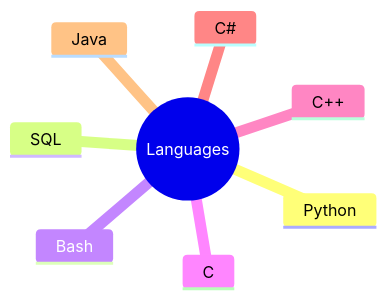
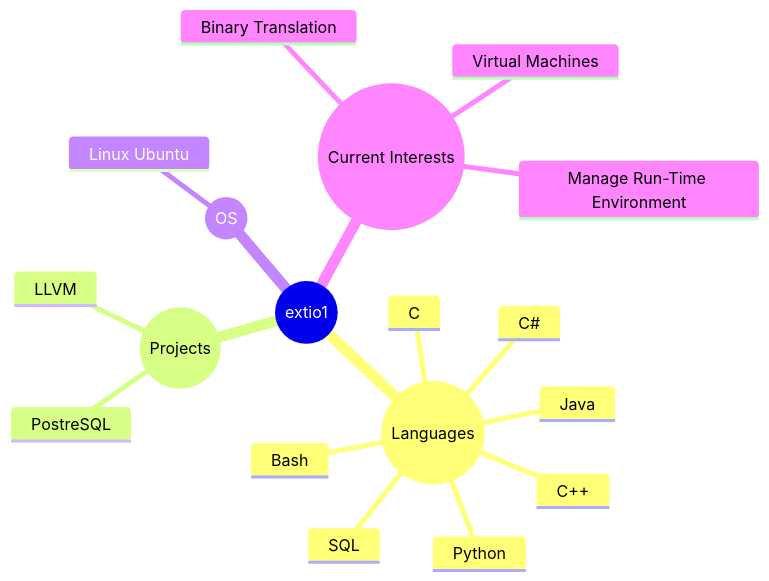
Before and after one commit to extio1/extio1: the diagram in README.md, drawn with Mermaid.

````diff
--- a/README.md
+++ b/README.md
@@ -7,11 +7,21 @@
 ```mermaid
 mindmap
-  root((Languages))
+  root((extio1))
+    ((Languages))
       Python
       SQL
       Bash
       C
       C++
       C#
       Java
+    ((Projects))
+      PostreSQL
+      LLVM
+    ((OS))
+      Linux Ubuntu
+    ((Current Interests))
+      Virtual Machines
+      Binary Translation
+      Manage Run-Time Environment
 ```
````
